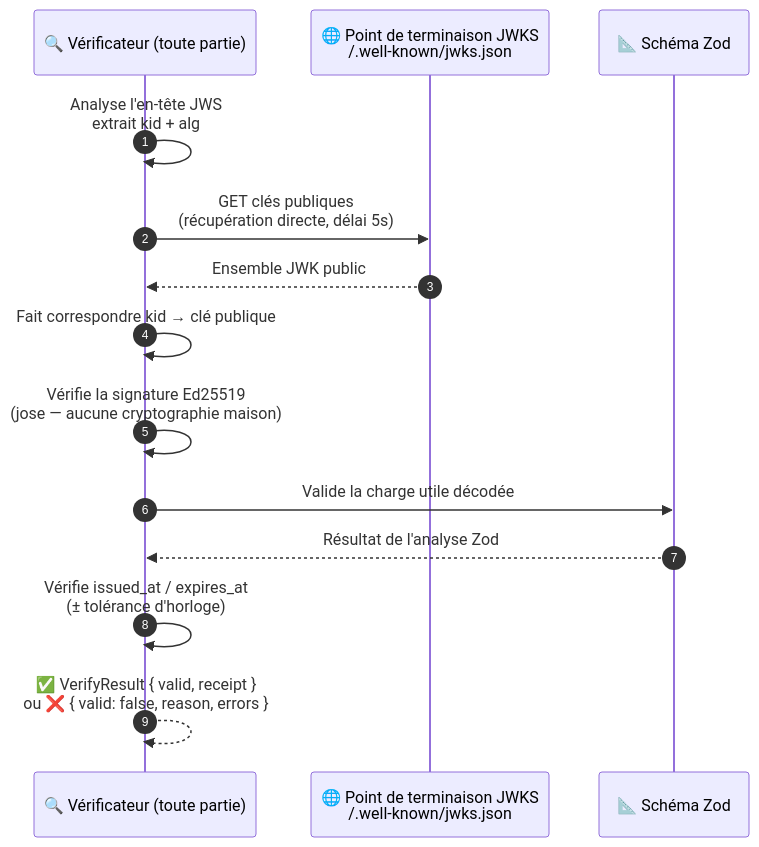
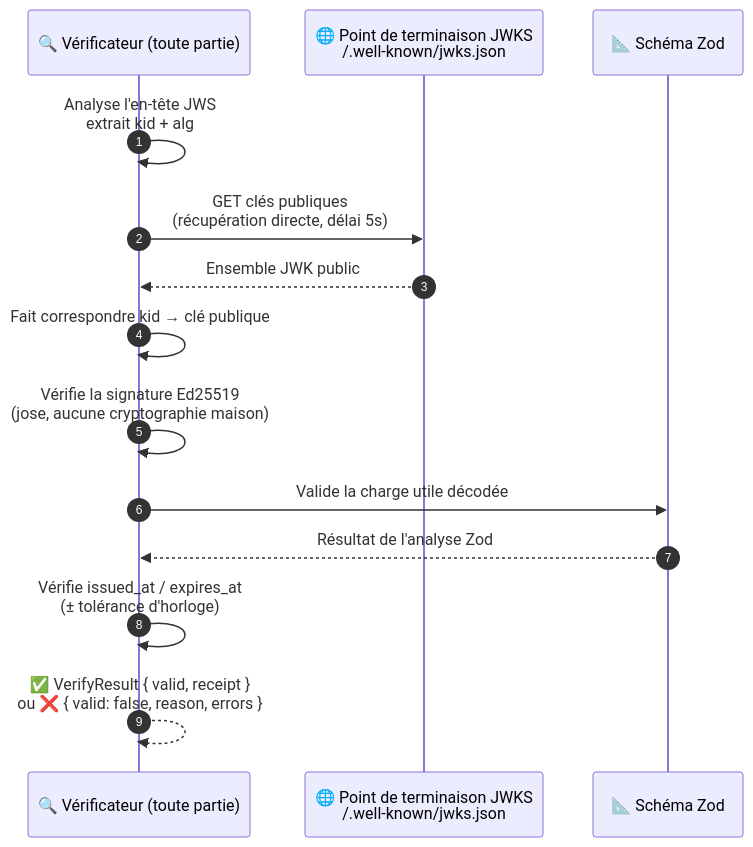
One commit to Trusteedxyz/Trust-Receipt-Verifier changed the second of 3 diagrams in README.fr.md. Above: the diagram before and after it, drawn with Mermaid. The commit also changed other lines of this file and 16 other files, not shown here.

````diff
--- a/README.fr.md
+++ b/README.fr.md
@@ -125,17 +123,17 @@
 ```mermaid
 sequenceDiagram
     autonumber
     participant Verifier as 🔍 Vérificateur (toute partie)
     participant JWKS as 🌐 Point de terminaison JWKS<br/>/.well-known/jwks.json
     participant Schema as 📐 Schéma Zod
 
     Verifier->>Verifier: Analyse l'en-tête JWS<br/>extrait kid + alg
     Verifier->>JWKS: GET clés publiques<br/>(récupération directe, délai 5s)
     JWKS-->>Verifier: Ensemble JWK public
     Verifier->>Verifier: Fait correspondre kid → clé publique
-    Verifier->>Verifier: Vérifie la signature Ed25519<br/>(jose — aucune cryptographie maison)
+    Verifier->>Verifier: Vérifie la signature Ed25519<br/>(jose, aucune cryptographie maison)
     Verifier->>Schema: Valide la charge utile décodée
     Schema-->>Verifier: Résultat de l'analyse Zod
     Verifier->>Verifier: Vérifie issued_at / expires_at<br/>(± tolérance d'horloge)
     Verifier-->>Verifier: ✅ VerifyResult { valid, receipt }<br/>ou ❌ { valid: false, reason, errors }
 ```
````
